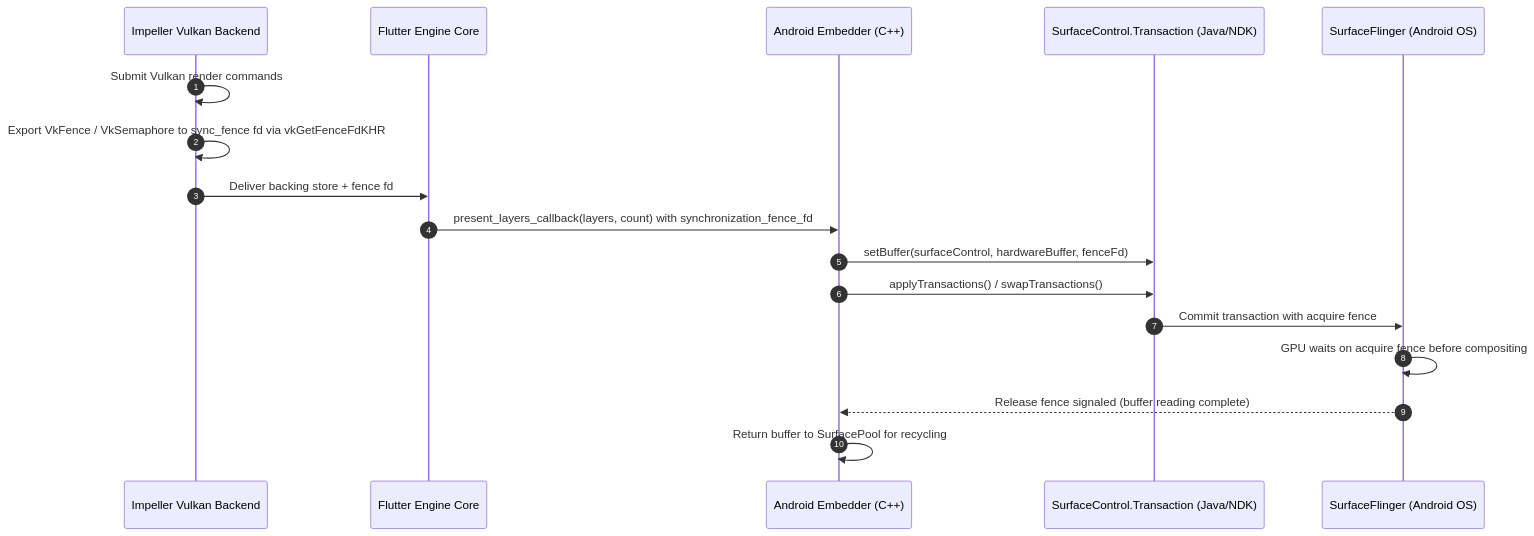
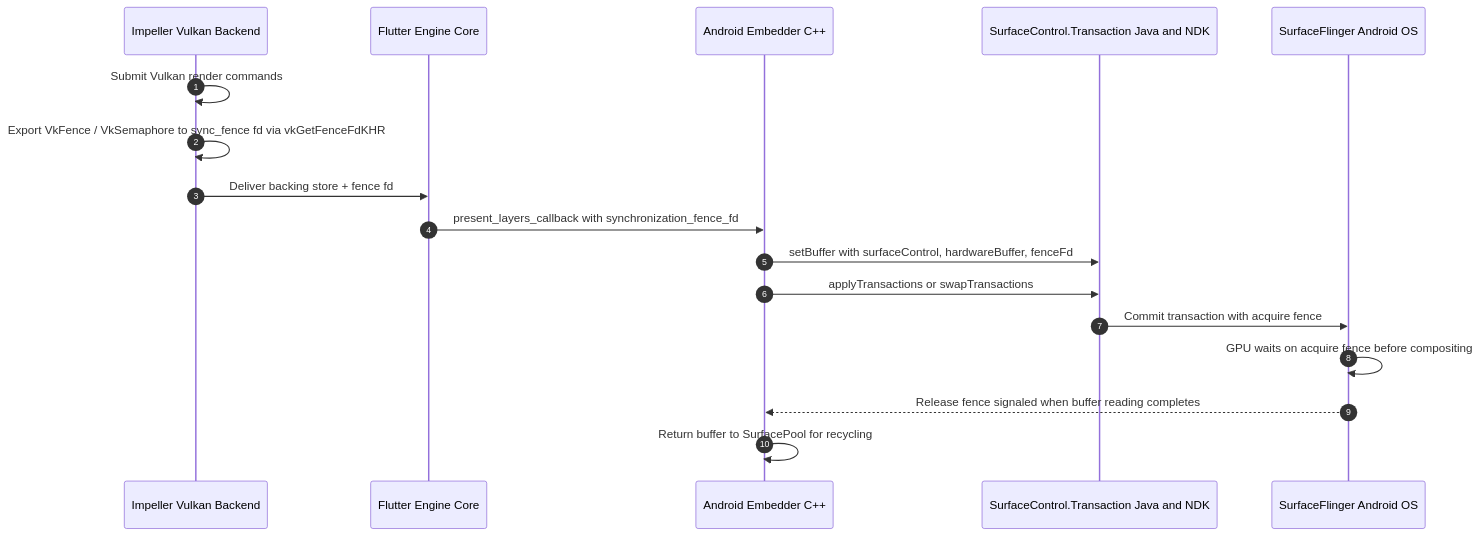
The fourth of 12 diagrams in rfc/410.0000-flutter-android-embedder-c-api-migration.md (mboetger/rfc), drawn with Mermaid before and after one commit. The commit also changed other lines of this file, not shown here.

Commit message:
docs(rfc): remove parentheses from mermaid diagrams to ensure robust rendering

````diff
--- a/rfc/410.0000-flutter-android-embedder-c-api-migration.md
+++ b/rfc/410.0000-flutter-android-embedder-c-api-migration.md
@@ -878,20 +878,20 @@
 ```mermaid
 sequenceDiagram
     autonumber
     participant Impeller as Impeller Vulkan Backend
     participant Engine as Flutter Engine Core
-    participant Embedder as Android Embedder (C++)
-    participant SC as SurfaceControl.Transaction (Java/NDK)
-    participant SF as SurfaceFlinger (Android OS)
+    participant Embedder as Android Embedder C++
+    participant SC as SurfaceControl.Transaction Java and NDK
+    participant SF as SurfaceFlinger Android OS
 
     Impeller->>Impeller: Submit Vulkan render commands
     Impeller->>Impeller: Export VkFence / VkSemaphore to sync_fence fd via vkGetFenceFdKHR
     Impeller->>Engine: Deliver backing store + fence fd
-    Engine->>Embedder: present_layers_callback(layers, count) with synchronization_fence_fd
-    Embedder->>SC: setBuffer(surfaceControl, hardwareBuffer, fenceFd)
-    Embedder->>SC: applyTransactions() / swapTransactions()
+    Engine->>Embedder: present_layers_callback with synchronization_fence_fd
+    Embedder->>SC: setBuffer with surfaceControl, hardwareBuffer, fenceFd
+    Embedder->>SC: applyTransactions or swapTransactions
     SC->>SF: Commit transaction with acquire fence
     SF->>SF: GPU waits on acquire fence before compositing
-    SF-->>Embedder: Release fence signaled (buffer reading complete)
+    SF-->>Embedder: Release fence signaled when buffer reading completes
     Embedder->>Embedder: Return buffer to SurfacePool for recycling
 ```
````
